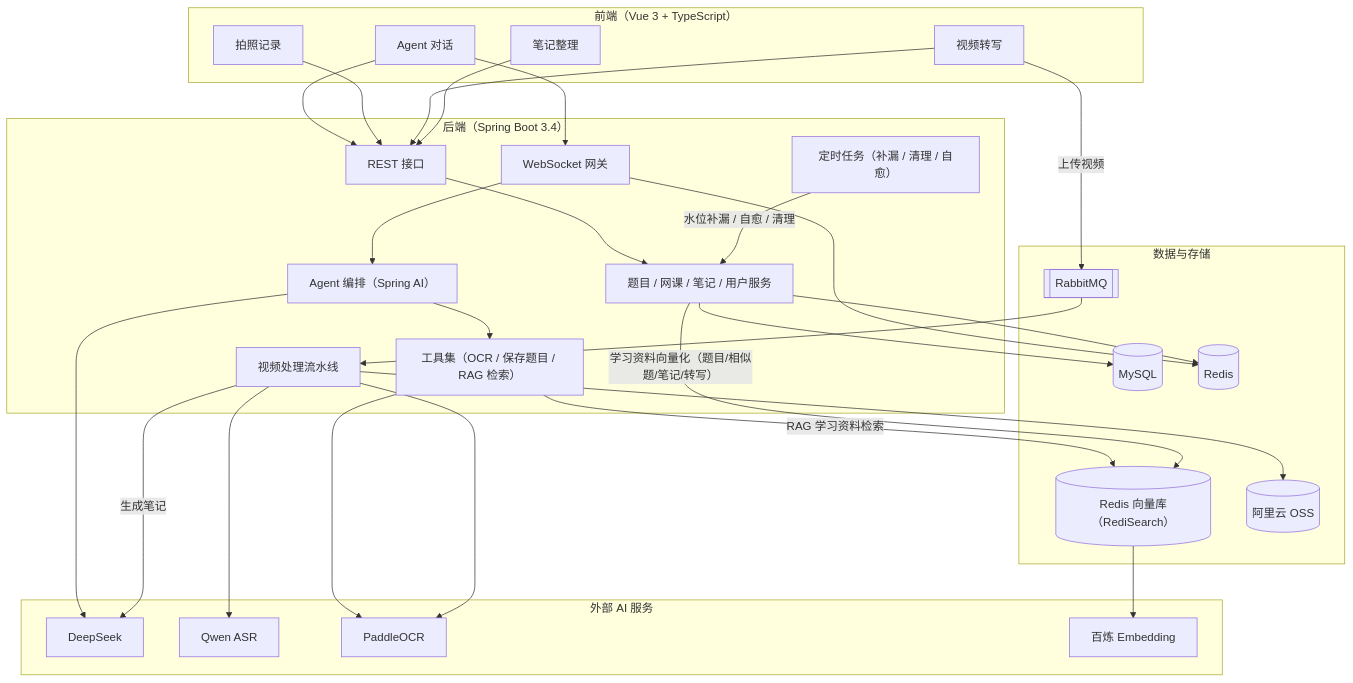
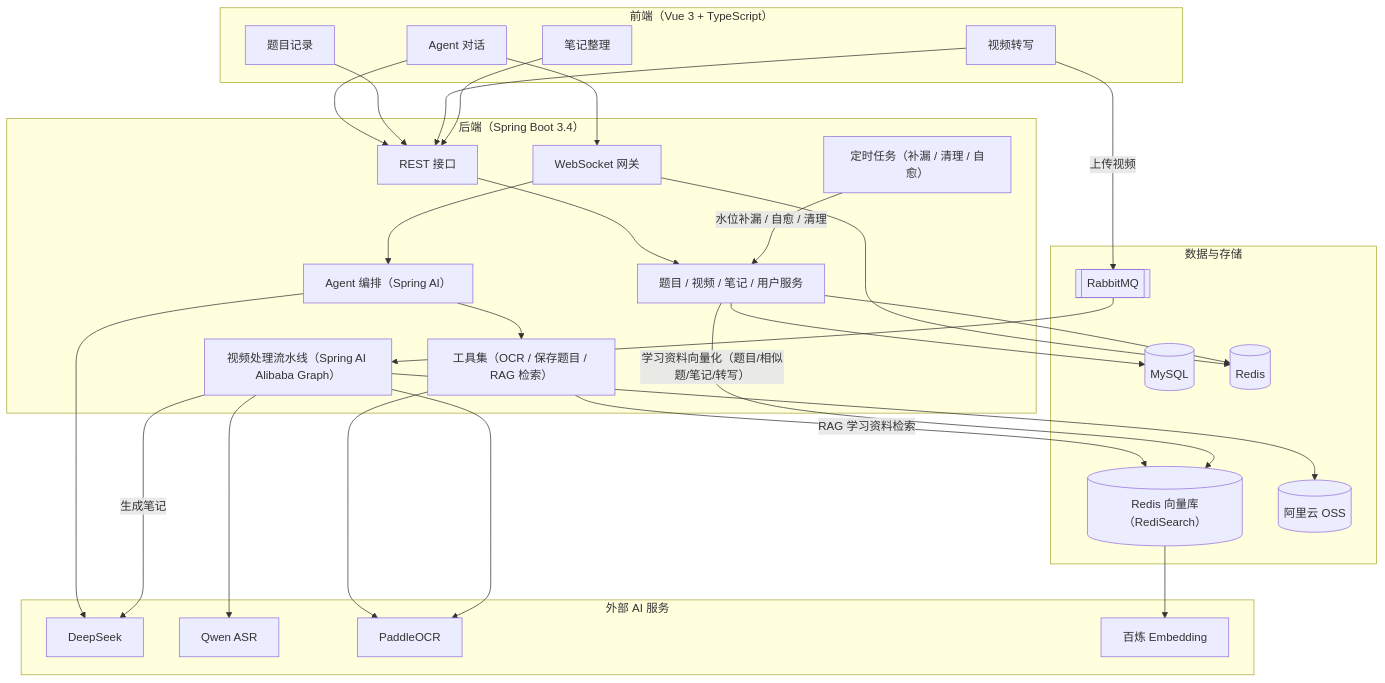
One commit to ExtremeNina/LearnTrace-Agent changed the diagram in README.md. Above: the diagram before and after it, drawn with Mermaid. The commit also changed other lines of this file and 2 other files, not shown here.

````diff
--- a/README.md
+++ b/README.md
@@ -74,58 +35,58 @@
 ```mermaid
 flowchart TB
     subgraph web["前端（Vue 3 + TypeScript）"]
         agentUI["Agent 对话"]
-        questionUI["拍照记录"]
+        questionUI["题目记录"]
         courseUI["视频转写"]
         noteUI["笔记整理"]
     end
 
     subgraph server["后端（Spring Boot 3.4）"]
         ws["WebSocket 网关"]
         rest["REST 接口"]
         orchestrator["Agent 编排（Spring AI）"]
         tools["工具集（OCR / 保存题目 / RAG 检索）"]
-        pipeline["视频处理流水线"]
-        services["题目 / 网课 / 笔记 / 用户服务"]
+        pipeline["视频处理流水线（Spring AI Alibaba Graph）"]
+        services["题目 / 视频 / 笔记 / 用户服务"]
         tasks["定时任务（补漏 / 清理 / 自愈）"]
     end
 
     subgraph storage["数据与存储"]
         mysql[("MySQL")]
         redis[("Redis")]
         vstore[("Redis 向量库（RediSearch）")]
         mq[["RabbitMQ"]]
         oss[("阿里云 OSS")]
     end
 
     subgraph ai["外部 AI 服务"]
         llm["DeepSeek"]
         asr["Qwen ASR"]
         ocr["PaddleOCR"]
         emb["百炼 Embedding"]
     end
 
     agentUI --> ws
     agentUI --> rest
     questionUI --> rest
     courseUI --> rest
     noteUI --> rest
     courseUI -- 上传视频 --> mq
     ws --> orchestrator
     orchestrator --> llm
     orchestrator --> tools
     tools --> ocr
     tools -- RAG 学习资料检索 --> vstore
     vstore --> emb
     ws --> redis
     rest --> services
     services --> mysql
     services --> redis
     services -- "学习资料向量化（题目/相似题/笔记/转写）" --> vstore
     mq --> pipeline
     pipeline --> asr
     pipeline --> ocr
     pipeline -- 生成笔记 --> llm
     pipeline --> oss
     tasks -- "水位补漏 / 自愈 / 清理" --> services
 ```
````
